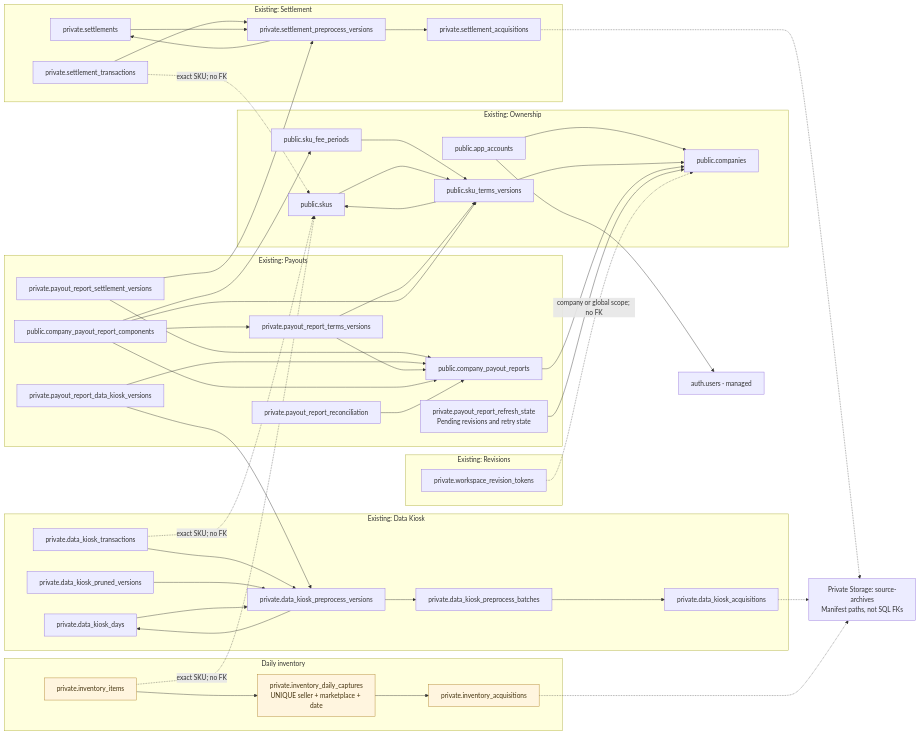
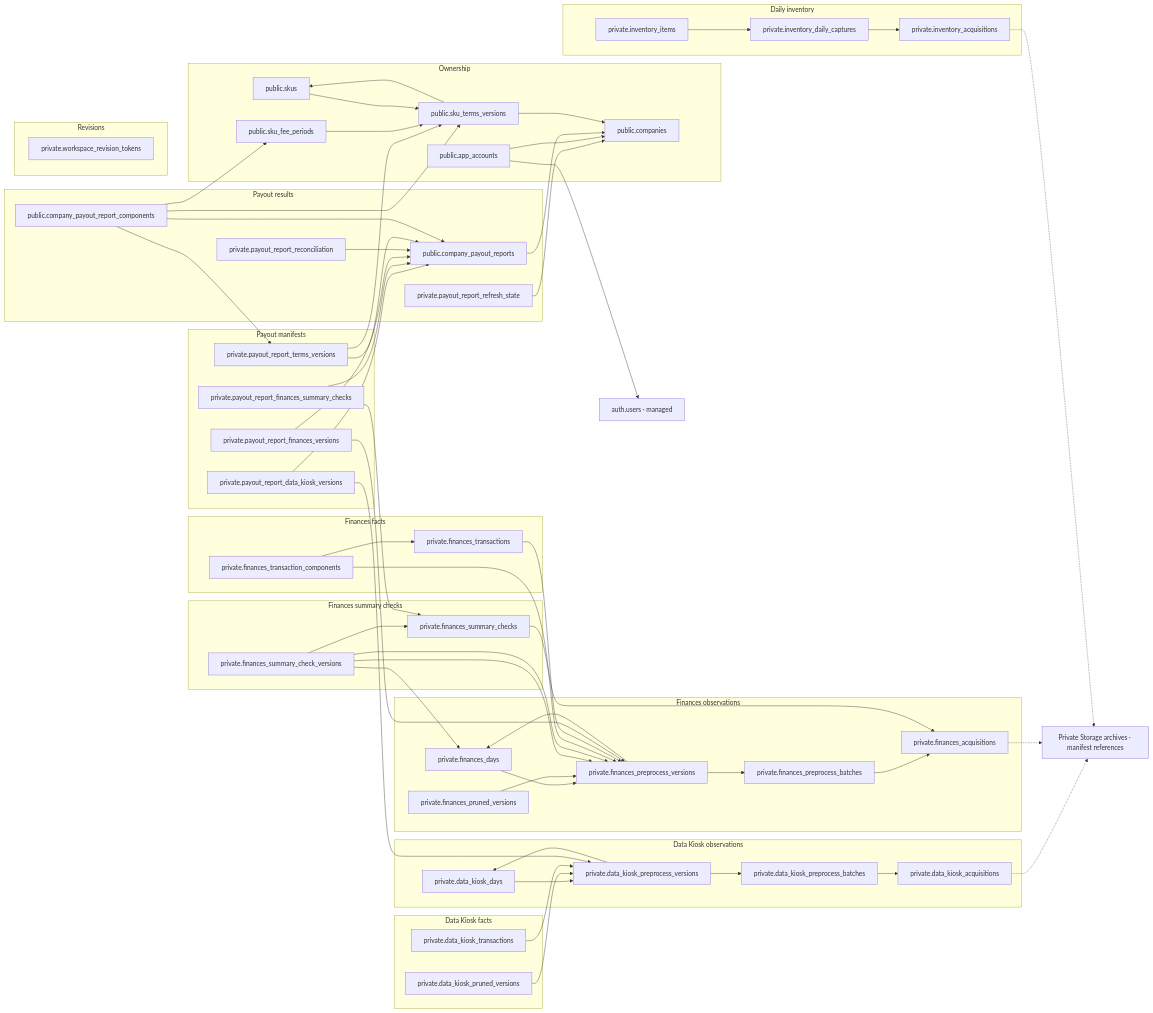
The diagram in docs/figures/database/01-overview.mmd (qwercxzsda/A-SelBox), drawn with Mermaid before and after one commit. The commit also changed 377 other files, not shown here.

```diff
--- a/docs/figures/database/01-overview.mmd
+++ b/docs/figures/database/01-overview.mmd
@@ -1,80 +1,100 @@
 flowchart LR
-    AUTH["auth.users · managed"]
-    STORAGE["Private Storage: source-archives<br/>Manifest paths, not SQL FKs"]
-    subgraph OWN["Existing: Ownership"]
+    auth_users["auth.users · managed"]
+    ARCHIVES["Private Storage archives · manifest references"]
+    subgraph GROUP_0["Ownership"]
         public_companies["public.companies"]
         public_app_accounts["public.app_accounts"]
         public_skus["public.skus"]
         public_sku_terms_versions["public.sku_terms_versions"]
         public_sku_fee_periods["public.sku_fee_periods"]
     end
-    subgraph SET["Existing: Settlement"]
-        private_settlement_acquisitions["private.settlement_acquisitions"]
-        private_settlements["private.settlements"]
-        private_settlement_preprocess_versions["private.settlement_preprocess_versions"]
-        private_settlement_transactions["private.settlement_transactions"]
+    subgraph GROUP_1["Finances observations"]
+        private_finances_acquisitions["private.finances_acquisitions"]
+        private_finances_days["private.finances_days"]
+        private_finances_preprocess_batches["private.finances_preprocess_batches"]
+        private_finances_preprocess_versions["private.finances_preprocess_versions"]
+        private_finances_pruned_versions["private.finances_pruned_versions"]
     end
-    subgraph DK["Existing: Data Kiosk"]
+    subgraph GROUP_2["Finances facts"]
+        private_finances_transactions["private.finances_transactions"]
+        private_finances_transaction_components["private.finances_transaction_components"]
+    end
+    subgraph GROUP_3["Finances summary checks"]
+        private_finances_summary_checks["private.finances_summary_checks"]
+        private_finances_summary_check_versions["private.finances_summary_check_versions"]
+    end
+    subgraph GROUP_4["Data Kiosk observations"]
         private_data_kiosk_acquisitions["private.data_kiosk_acquisitions"]
+        private_data_kiosk_days["private.data_kiosk_days"]
         private_data_kiosk_preprocess_batches["private.data_kiosk_preprocess_batches"]
-        private_data_kiosk_days["private.data_kiosk_days"]
         private_data_kiosk_preprocess_versions["private.data_kiosk_preprocess_versions"]
+    end
+    subgraph GROUP_5["Data Kiosk facts"]
         private_data_kiosk_transactions["private.data_kiosk_transactions"]
         private_data_kiosk_pruned_versions["private.data_kiosk_pruned_versions"]
     end
-    subgraph PAY["Existing: Payouts"]
+    subgraph GROUP_6["Payout results"]
         public_company_payout_reports["public.company_payout_reports"]
-        private_payout_report_refresh_state["private.payout_report_refresh_state<br/>Pending revisions and retry state"]
         public_company_payout_report_components["public.company_payout_report_components"]
         private_payout_report_reconciliation["private.payout_report_reconciliation"]
-        private_payout_report_settlement_versions["private.payout_report_settlement_versions"]
+        private_payout_report_refresh_state["private.payout_report_refresh_state"]
+    end
+    subgraph GROUP_7["Payout manifests"]
+        private_payout_report_finances_versions["private.payout_report_finances_versions"]
+        private_payout_report_finances_summary_checks["private.payout_report_finances_summary_checks"]
         private_payout_report_data_kiosk_versions["private.payout_report_data_kiosk_versions"]
         private_payout_report_terms_versions["private.payout_report_terms_versions"]
     end
-    subgraph REV["Existing: Revisions"]
+    subgraph GROUP_8["Revisions"]
         private_workspace_revision_tokens["private.workspace_revision_tokens"]
     end
-    public_app_accounts --> AUTH
-    public_app_accounts --> public_companies
-    public_sku_terms_versions --> public_skus
-    public_sku_terms_versions --> public_companies
-    public_sku_fee_periods --> public_sku_terms_versions
-    private_settlement_preprocess_versions --> private_settlements
-    private_settlement_preprocess_versions --> private_settlement_acquisitions
-    private_settlement_transactions --> private_settlement_preprocess_versions
+    subgraph GROUP_9["Daily inventory"]
+        private_inventory_acquisitions["private.inventory_acquisitions"]
+        private_inventory_daily_captures["private.inventory_daily_captures"]
+        private_inventory_items["private.inventory_items"]
+    end
+    private_data_kiosk_acquisitions -.-> ARCHIVES
+    private_data_kiosk_days --> private_data_kiosk_preprocess_versions
     private_data_kiosk_preprocess_batches --> private_data_kiosk_acquisitions
+    private_data_kiosk_preprocess_versions --> private_data_kiosk_preprocess_batches
     private_data_kiosk_preprocess_versions --> private_data_kiosk_days
-    private_data_kiosk_preprocess_versions --> private_data_kiosk_preprocess_batches
+    private_data_kiosk_pruned_versions --> private_data_kiosk_preprocess_versions
     private_data_kiosk_transactions --> private_data_kiosk_preprocess_versions
-    private_data_kiosk_pruned_versions --> private_data_kiosk_preprocess_versions
-    public_company_payout_reports --> public_companies
+    private_finances_acquisitions -.-> ARCHIVES
+    private_finances_days --> private_finances_preprocess_versions
+    private_finances_preprocess_batches --> private_finances_acquisitions
+    private_finances_preprocess_versions --> private_finances_preprocess_batches
+    private_finances_preprocess_versions --> private_finances_days
+    private_finances_pruned_versions --> private_finances_preprocess_versions
+    private_finances_summary_check_versions --> private_finances_summary_checks
+    private_finances_summary_check_versions --> private_finances_days
+    private_finances_summary_check_versions --> private_finances_preprocess_versions
+    private_finances_summary_check_versions --> private_finances_preprocess_versions
+    private_finances_summary_checks --> private_finances_acquisitions
+    private_finances_transaction_components --> private_finances_preprocess_versions
+    private_finances_transaction_components --> private_finances_transactions
+    private_finances_transactions --> private_finances_preprocess_versions
+    private_inventory_acquisitions -.-> ARCHIVES
+    private_inventory_daily_captures --> private_inventory_acquisitions
+    private_inventory_items --> private_inventory_daily_captures
+    private_payout_report_data_kiosk_versions --> private_data_kiosk_preprocess_versions
+    private_payout_report_data_kiosk_versions --> public_company_payout_reports
+    private_payout_report_finances_summary_checks --> private_finances_summary_checks
+    private_payout_report_finances_summary_checks --> public_company_payout_reports
+    private_payout_report_finances_versions --> private_finances_preprocess_versions
+    private_payout_report_finances_versions --> public_company_payout_reports
+    private_payout_report_reconciliation --> public_company_payout_reports
     private_payout_report_refresh_state --> public_companies
-    private_payout_report_settlement_versions --> public_company_payout_reports
-    private_payout_report_settlement_versions --> private_settlement_preprocess_versions
-    private_payout_report_data_kiosk_versions --> public_company_payout_reports
-    private_payout_report_data_kiosk_versions --> private_data_kiosk_preprocess_versions
     private_payout_report_terms_versions --> public_company_payout_reports
     private_payout_report_terms_versions --> public_sku_terms_versions
+    public_app_accounts --> public_companies
+    public_app_accounts --> auth_users
+    public_company_payout_report_components --> public_sku_fee_periods
+    public_company_payout_report_components --> private_payout_report_terms_versions
     public_company_payout_report_components --> public_company_payout_reports
-    public_company_payout_report_components --> private_payout_report_terms_versions
     public_company_payout_report_components --> public_sku_terms_versions
-    public_company_payout_report_components --> public_sku_fee_periods
-    private_payout_report_reconciliation --> public_company_payout_reports
+    public_company_payout_reports --> public_companies
+    public_sku_fee_periods --> public_sku_terms_versions
+    public_sku_terms_versions --> public_companies
+    public_sku_terms_versions --> public_skus
     public_skus --> public_sku_terms_versions
-    private_settlements --> private_settlement_preprocess_versions
-    private_data_kiosk_days --> private_data_kiosk_preprocess_versions
-    private_settlement_acquisitions -.-> STORAGE
-    private_data_kiosk_acquisitions -.-> STORAGE
-    private_settlement_transactions -.->|"exact SKU; no FK"| public_skus
-    private_data_kiosk_transactions -.->|"exact SKU; no FK"| public_skus
-    private_workspace_revision_tokens -.->|"company or global scope; no FK"| public_companies
-    subgraph INV["Daily inventory"]
-        inventory_acquisitions["private.inventory_acquisitions"]:::inventory
-        inventory_daily_captures["private.inventory_daily_captures<br/>UNIQUE seller + marketplace + date"]:::inventory
-        inventory_items["private.inventory_items"]:::inventory
-    end
-    inventory_daily_captures --> inventory_acquisitions
-    inventory_items --> inventory_daily_captures
-    inventory_acquisitions -.-> STORAGE
-    inventory_items -.->|"exact SKU; no FK"| public_skus
-    classDef inventory fill:#fff5df,stroke:#ad7e27,color:#43320e
```
